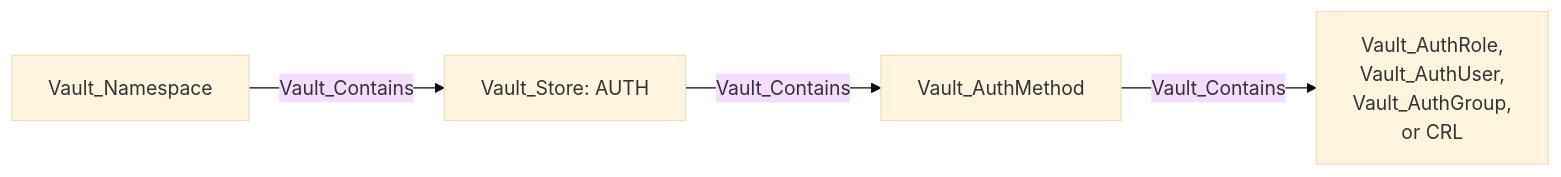
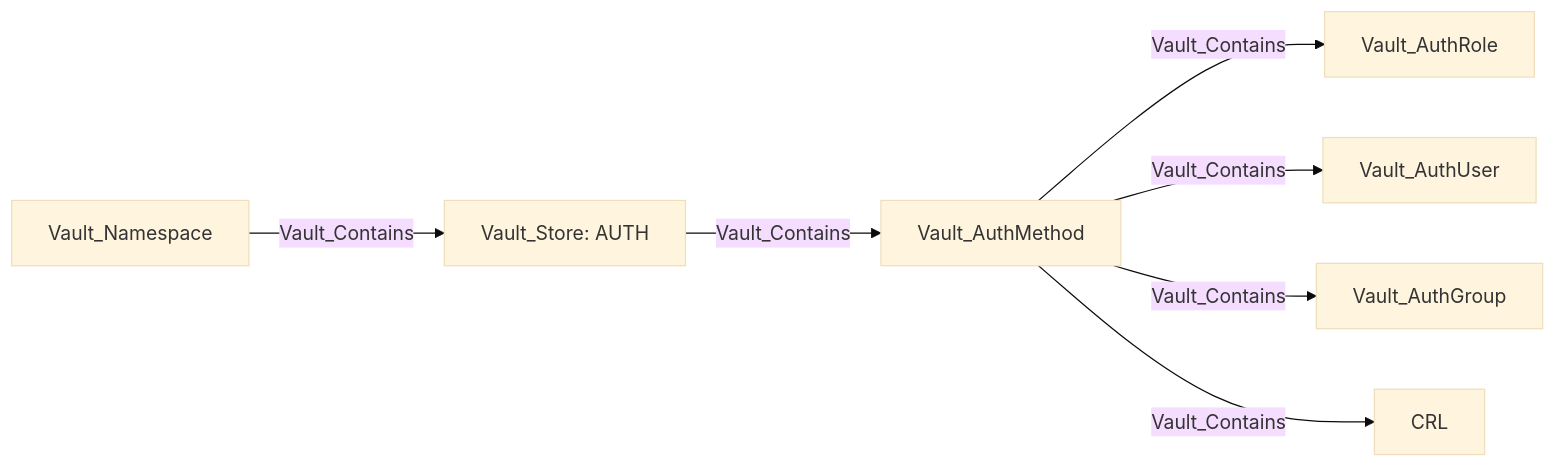
One commit to bytewreck/opengraph-vault changed the first of 39 diagrams in Documentation/stores/AUTH.md. Above: the diagram before and after it, drawn with Mermaid (base theme).

````diff
--- a/Documentation/stores/AUTH.md
+++ b/Documentation/stores/AUTH.md
@@ -9,6 +9,9 @@
 ```mermaid
 flowchart LR
     namespace[Vault_Namespace] -->|Vault_Contains| store[Vault_Store: AUTH]
     store -->|Vault_Contains| method[Vault_AuthMethod]
-    method -->|Vault_Contains| object[Vault_AuthRole,<br>Vault_AuthUser,<br>Vault_AuthGroup,<br>or CRL]
+    method -->|Vault_Contains| A[Vault_AuthRole]
+    method -->|Vault_Contains| B[Vault_AuthUser]
+    method -->|Vault_Contains| C[Vault_AuthGroup]
+    method -->|Vault_Contains| D[CRL]
 ```
````
